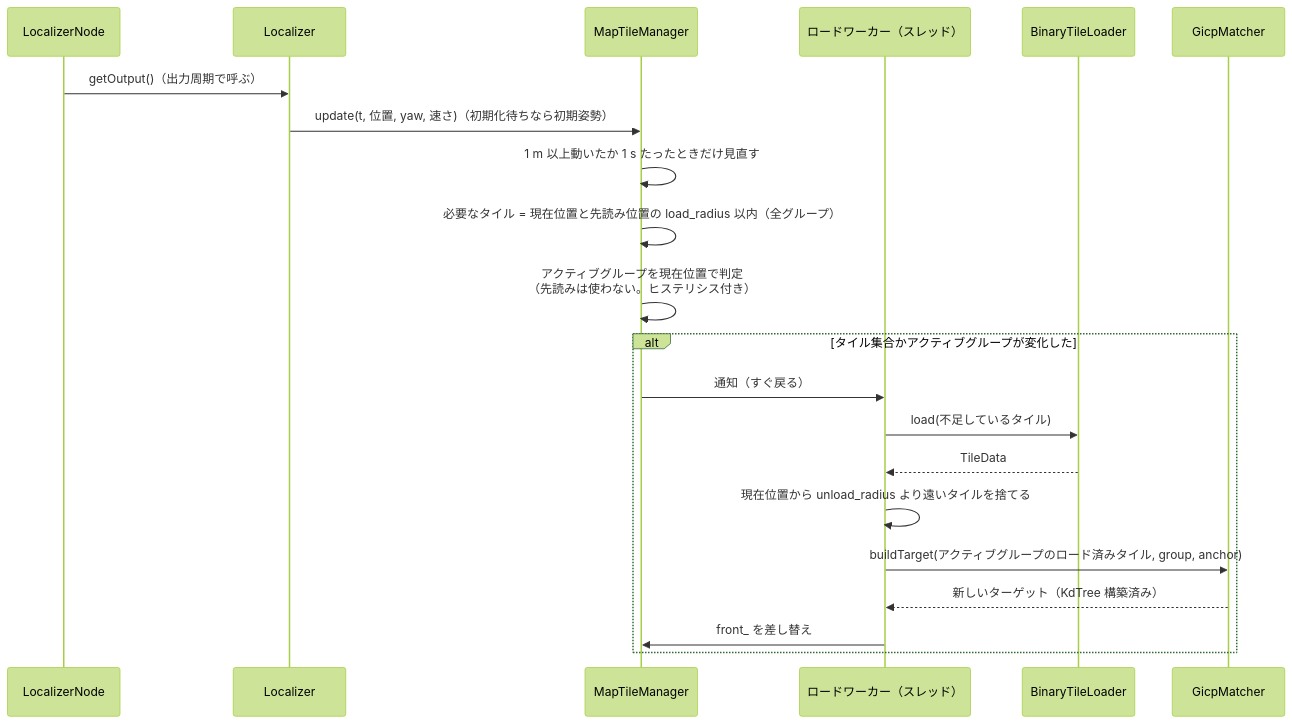
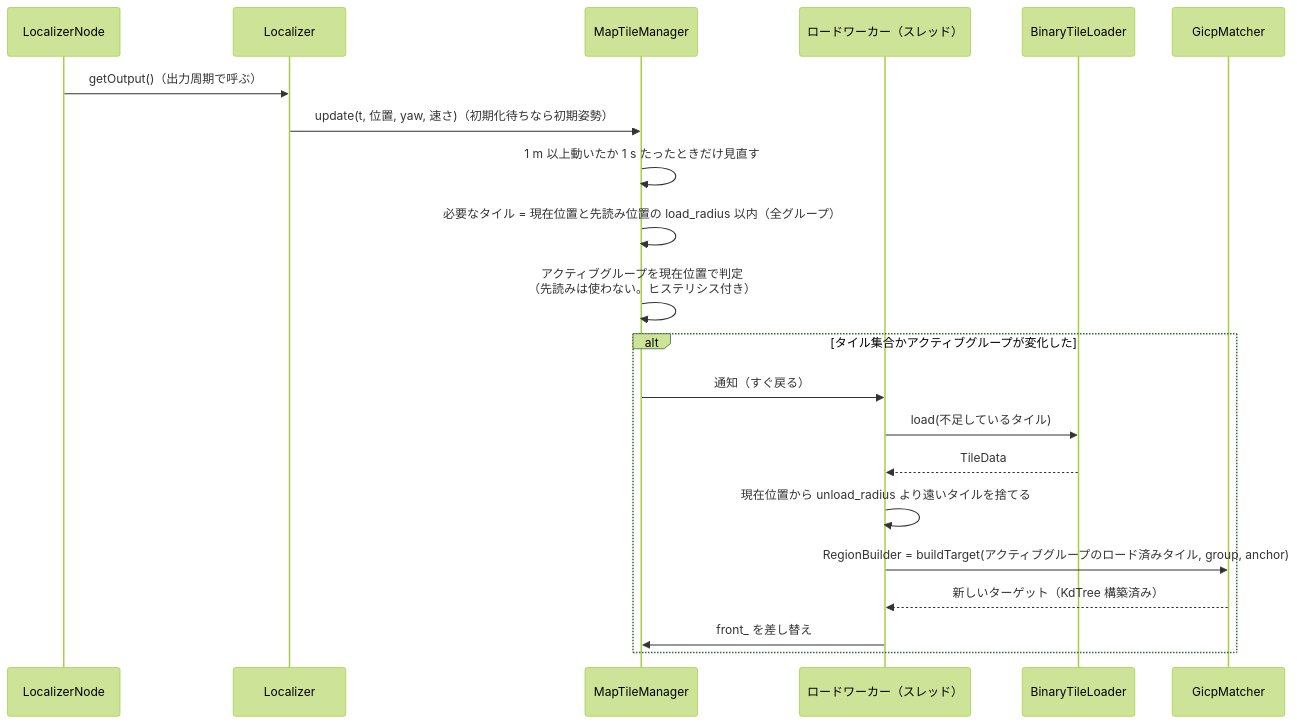
One commit to mamoru1126/gnss_and_lidar_localization changed diagram 15 of 15 in docs/architecture.md. Above: the diagram before and after it, drawn with Mermaid (forest theme). The commit also changed other lines of this file and 48 other files, not shown here.

First line of the commit message:
feat(map): 地図のタイル化と動的ロードを単体で使えるライブラリ gll_map に切り出す

````diff
--- a/docs/architecture.md
+++ b/docs/architecture.md
@@ -1230,24 +1255,24 @@
 ```mermaid
 sequenceDiagram
   participant N as LocalizerNode
   participant L as Localizer
   participant MT as MapTileManager
   participant T as ロードワーカー（スレッド）
   participant TL as BinaryTileLoader
   participant G as GicpMatcher
 
   N->>L: getOutput()（出力周期で呼ぶ）
   L->>MT: update(t, 位置, yaw, 速さ)（初期化待ちなら初期姿勢）
   MT->>MT: 1 m 以上動いたか 1 s たったときだけ見直す
   MT->>MT: 必要なタイル = 現在位置と先読み位置の load_radius 以内（全グループ）
   MT->>MT: アクティブグループを現在位置で判定<br/>（先読みは使わない。ヒステリシス付き）
   alt タイル集合かアクティブグループが変化した
     MT->>T: 通知（すぐ戻る）
     T->>TL: load(不足しているタイル)
     TL-->>T: TileData
     T->>T: 現在位置から unload_radius より遠いタイルを捨てる
-    T->>G: buildTarget(アクティブグループのロード済みタイル, group, anchor)
+    T->>G: RegionBuilder = buildTarget(アクティブグループのロード済みタイル, group, anchor)
     G-->>T: 新しいターゲット（KdTree 構築済み）
     T->>MT: front_ を差し替え
   end
 ```
````
